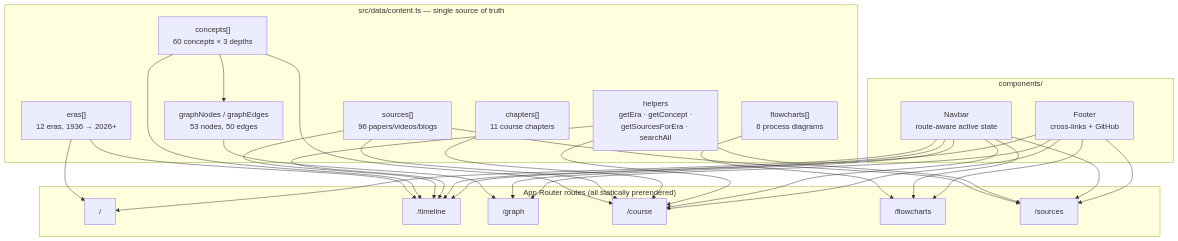
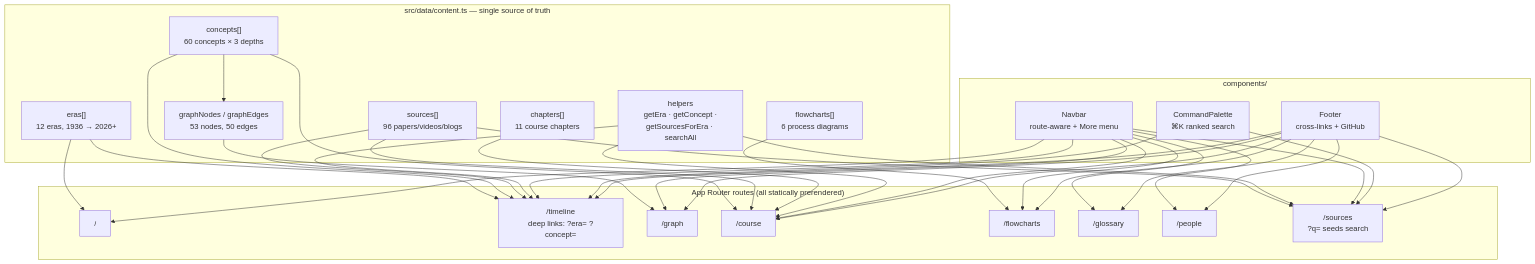
One commit to aniruddhaadak80/ai-journey changed the first of 6 diagrams in README.md. Above: the diagram before and after it, drawn with Mermaid. The commit also changed other lines of this file and 20 other files, not shown here.

First line of the commit message:
feat: command palette, glossary, people, deep links, 404, PWA manifest

````diff
--- a/README.md
+++ b/README.md
@@ -177,53 +196,62 @@
 ```mermaid
 flowchart TB
     subgraph Data["src/data/content.ts — single source of truth"]
         ERA["eras[]<br/>12 eras, 1936 → 2026+"]
         CON["concepts[]<br/>60 concepts × 3 depths"]
         SRC["sources[]<br/>96 papers/videos/blogs"]
         CH["chapters[]<br/>11 course chapters"]
         FC["flowcharts[]<br/>6 process diagrams"]
         GN["graphNodes / graphEdges<br/>53 nodes, 50 edges"]
         HL["helpers<br/>getEra · getConcept ·<br/>getSourcesForEra · searchAll"]
     end
 
     subgraph Routes["App Router routes (all statically prerendered)"]
         HOME["/"]
-        TL["/timeline"]
+        TL["/timeline<br/>deep links: ?era= ?concept="]
         GR["/graph"]
         CO["/course"]
         FL["/flowcharts"]
-        SO["/sources"]
+        GL["/glossary"]
+        PE["/people"]
+        SO["/sources<br/>?q= seeds search"]
     end
 
     subgraph UI["components/"]
-        NAV["Navbar<br/>route-aware active state"]
+        NAV["Navbar<br/>route-aware + More menu"]
+        CMD["CommandPalette<br/>⌘K ranked search"]
         FOOT["Footer<br/>cross-links + GitHub"]
     end
 
     ERA --> TL
     ERA --> HOME
     CON --> TL
     CON --> CO
     CON --> GN
     SRC --> TL
     SRC --> CO
     SRC --> SO
     CH --> CO
     FC --> FL
     GN --> GR
     HL --> TL
     HL --> CO
     HL --> SO
 
     NAV --> HOME
     NAV --> TL
     NAV --> GR
     NAV --> CO
     NAV --> FL
+    NAV --> GL
+    NAV --> PE
     NAV --> SO
+    CMD --> TL
+    CMD --> SO
     FOOT --> TL
     FOOT --> GR
     FOOT --> CO
     FOOT --> FL
+    FOOT --> GL
+    FOOT --> PE
     FOOT --> SO
 ```
````
